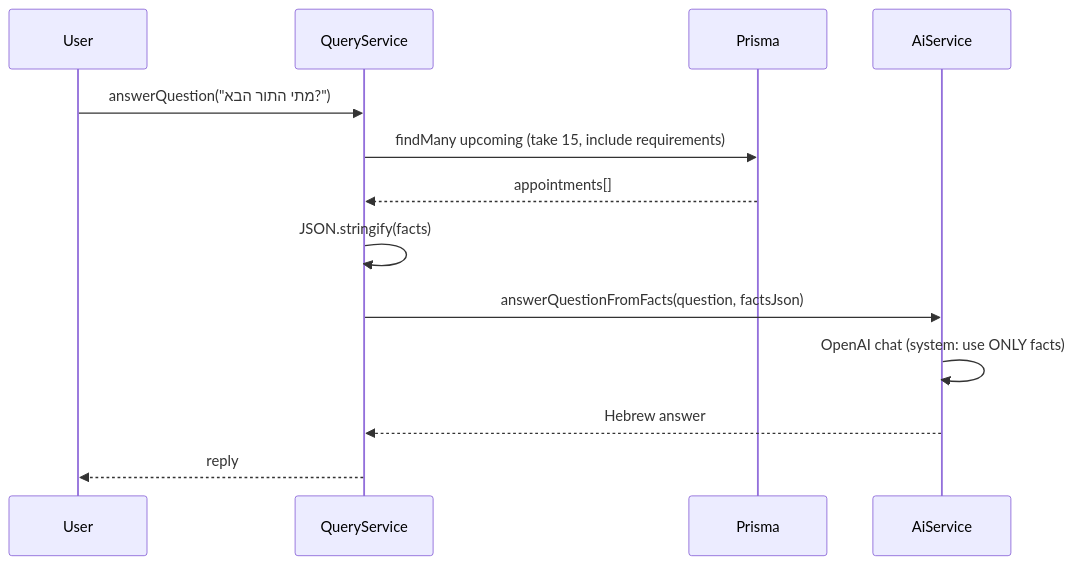
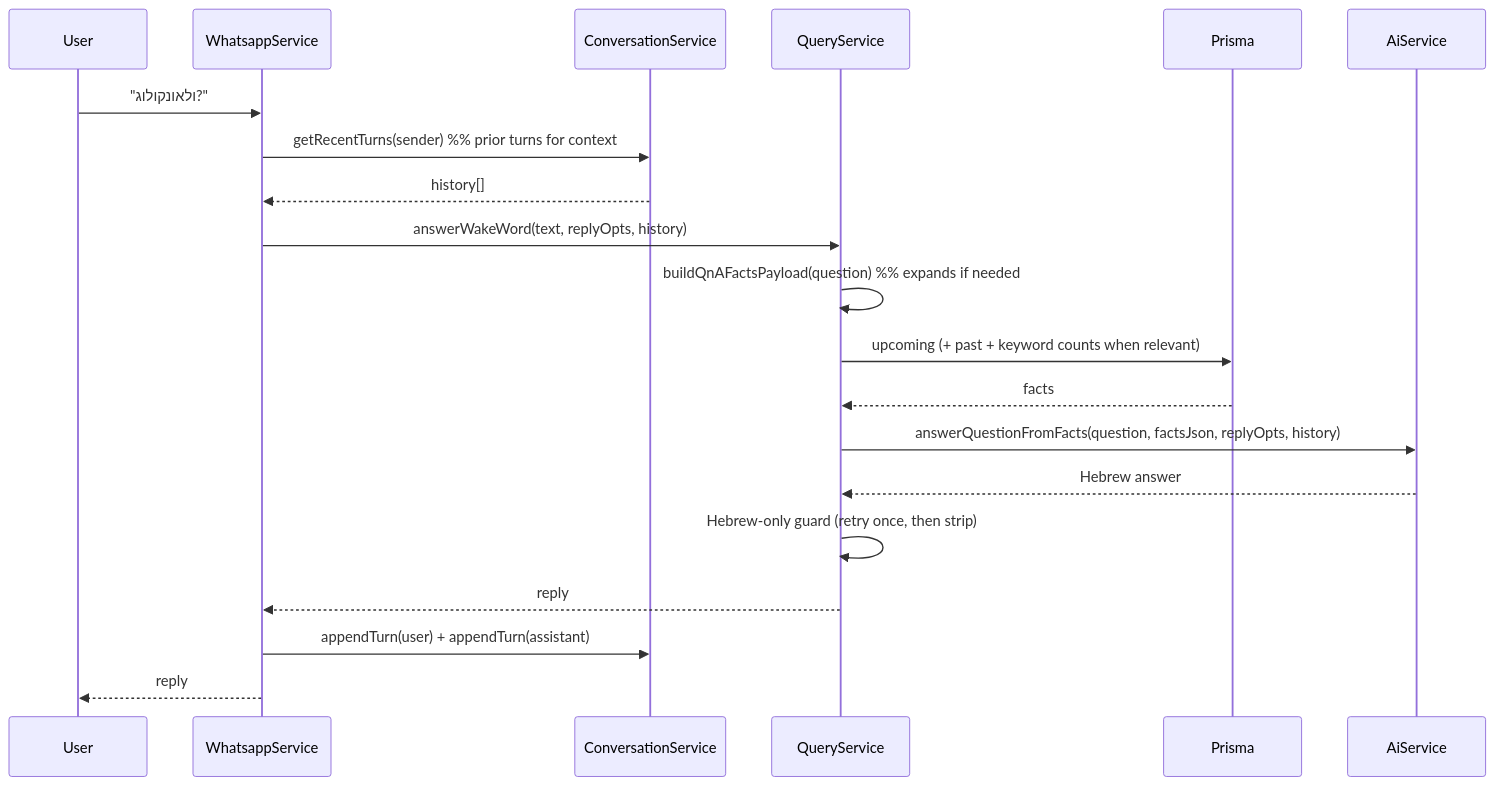
The third of 4 diagrams in summaries/stage-3-ai-extraction-and-queries.md (stavbarak/medflow-ai), drawn with Mermaid before and after one commit. The commit also changed other lines of this file and 3 other files, not shown here.

````diff
--- a/summaries/stage-3-ai-extraction-and-queries.md
+++ b/summaries/stage-3-ai-extraction-and-queries.md
@@ -188,16 +198,23 @@
 ```mermaid
 sequenceDiagram
   participant U as User
+  participant W as WhatsappService
+  participant CV as ConversationService
   participant Q as QueryService
   participant DB as Prisma
   participant AI as AiService
 
-  U->>Q: answerQuestion("מתי התור הבא?")
-  Q->>DB: findMany upcoming (take 15, include requirements)
-  DB-->>Q: appointments[]
-  Q->>Q: JSON.stringify(facts)
-  Q->>AI: answerQuestionFromFacts(question, factsJson)
-  AI->>AI: OpenAI chat (system: use ONLY facts)
+  U->>W: "ולאונקולוג?"
+  W->>CV: getRecentTurns(sender)  %% prior turns for context
+  CV-->>W: history[]
+  W->>Q: answerWakeWord(text, replyOpts, history)
+  Q->>Q: buildQnAFactsPayload(question)  %% expands if needed
+  Q->>DB: upcoming (+ past + keyword counts when relevant)
+  DB-->>Q: facts
+  Q->>AI: answerQuestionFromFacts(question, factsJson, replyOpts, history)
   AI-->>Q: Hebrew answer
-  Q-->>U: reply
+  Q->>Q: Hebrew-only guard (retry once, then strip)
+  Q-->>W: reply
+  W->>CV: appendTurn(user) + appendTurn(assistant)
+  W-->>U: reply
 ```
````
